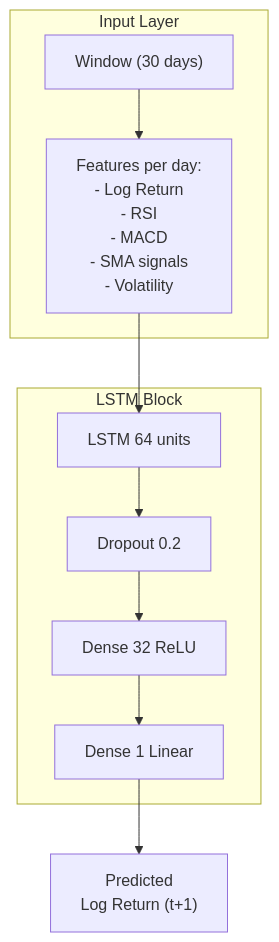
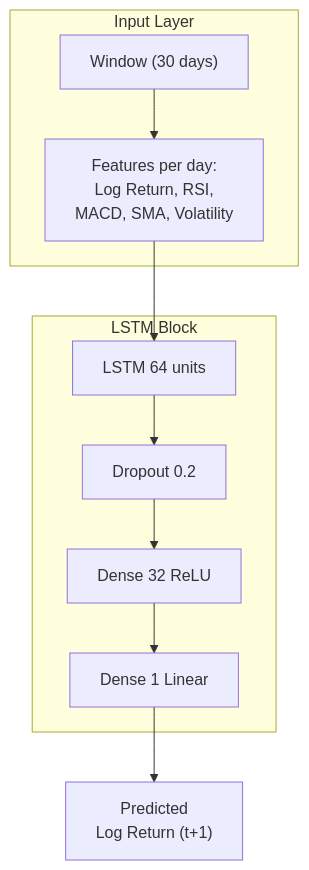
The third of 5 diagrams in Phases.md (Rudyy75/Market-Oracle), drawn with Mermaid before and after one commit. The commit also changed other lines of this file, not shown here.

````diff
--- a/Phases.md
+++ b/Phases.md
@@ -180,15 +180,15 @@
 ```mermaid
 flowchart TB
     subgraph INPUT["Input Layer"]
-        A["Window (30 days)"] --> B["Features per day:\n- Log Return\n- RSI\n- MACD\n- SMA signals\n- Volatility"]
+        A["Window (30 days)"] --> B["Features per day:<br>Log Return, RSI,<br>MACD, SMA, Volatility"]
     end
     
     subgraph LSTM_BLOCK["LSTM Block"]
         B --> C["LSTM 64 units"]
         C --> D["Dropout 0.2"]
         D --> E["Dense 32 ReLU"]
         E --> F["Dense 1 Linear"]
     end
     
-    F --> G["Predicted\nLog Return (t+1)"]
+    F --> G["Predicted<br>Log Return (t+1)"]
 ```
````
